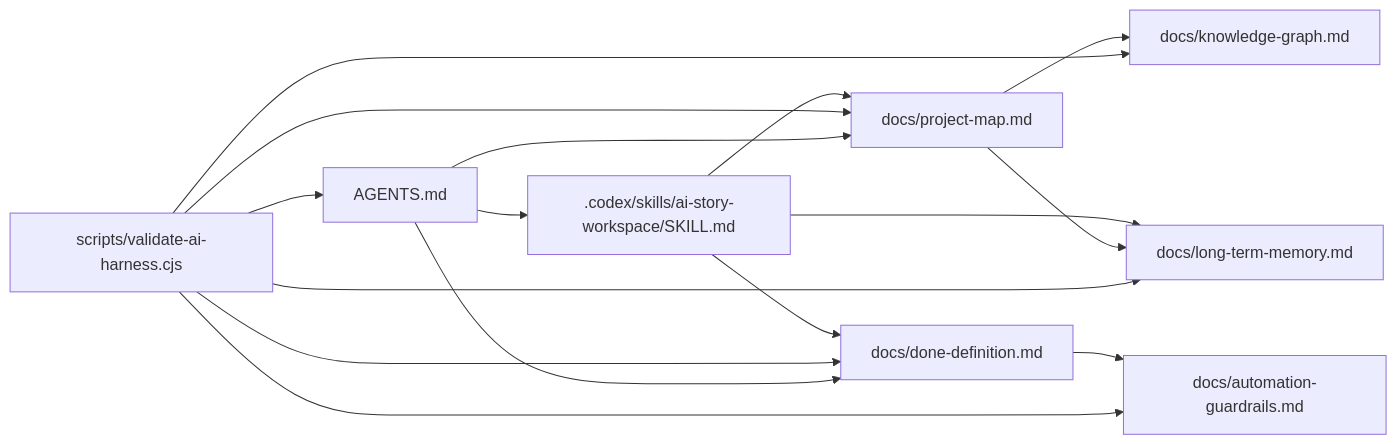
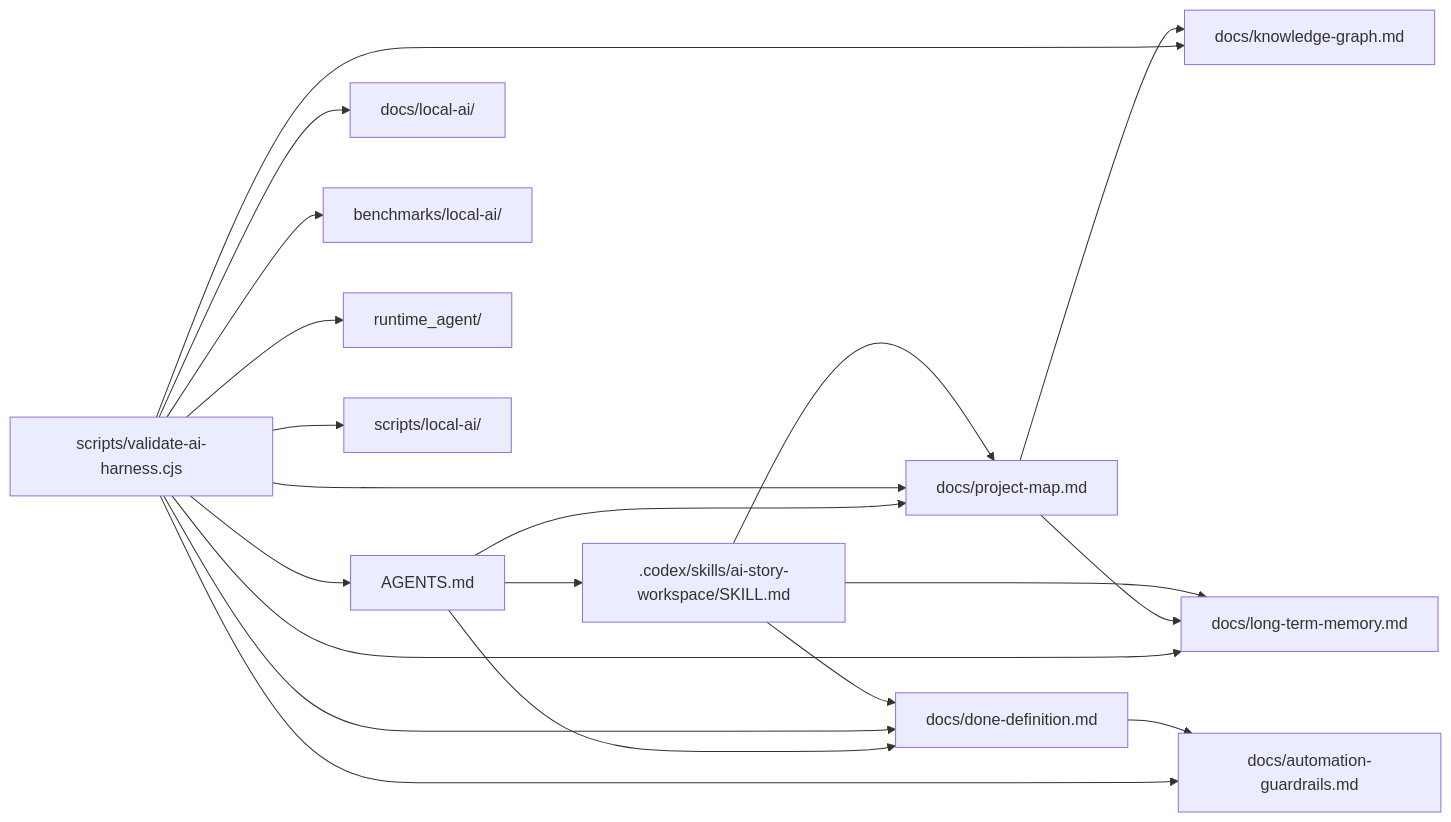
One commit to Joe5027/ai_story changed the fourth of 4 diagrams in docs/knowledge-graph.md. Above: the diagram before and after it, drawn with Mermaid. The commit also changed other lines of this file and 189 other files, not shown here.

````diff
--- a/docs/knowledge-graph.md
+++ b/docs/knowledge-graph.md
@@ -52,18 +88,22 @@
 ```mermaid
 flowchart LR
   Agents["AGENTS.md"] --> ProjectMap["docs/project-map.md"]
   Agents --> Done["docs/done-definition.md"]
   Agents --> Skill[".codex/skills/ai-story-workspace/SKILL.md"]
   Harness["scripts/validate-ai-harness.cjs"] --> Agents
   Harness --> ProjectMap
   Harness --> Done
   Harness --> Knowledge["docs/knowledge-graph.md"]
   Harness --> Memory["docs/long-term-memory.md"]
   Harness --> Automation["docs/automation-guardrails.md"]
+  Harness --> LocalDocs["docs/local-ai/"]
+  Harness --> Benchmarks["benchmarks/local-ai/"]
+  Harness --> RuntimeAgent["runtime_agent/"]
+  Harness --> WindowsScripts["scripts/local-ai/"]
   ProjectMap --> Knowledge["docs/knowledge-graph.md"]
   ProjectMap --> Memory["docs/long-term-memory.md"]
   Done --> Automation["docs/automation-guardrails.md"]
   Skill --> ProjectMap
   Skill --> Done
   Skill --> Memory
 ```
````
